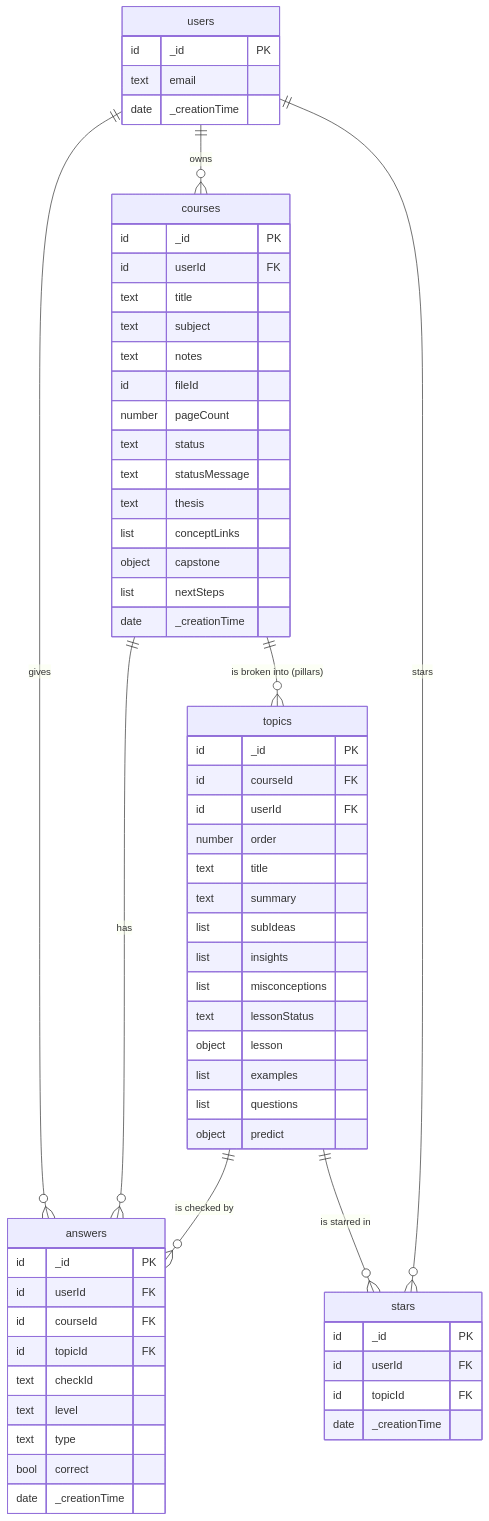
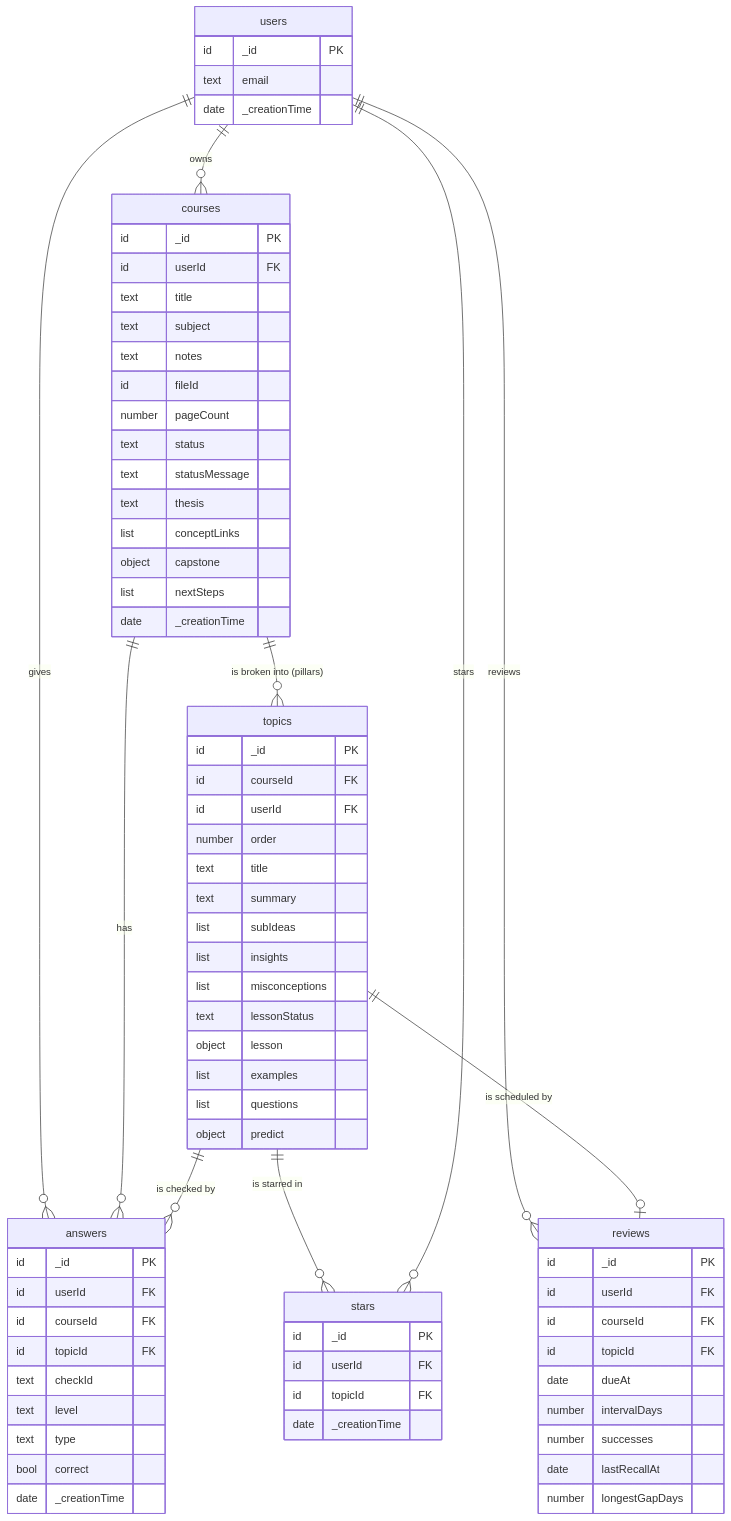
Before and after one commit to Hemanth2423/Learning-retention: the diagram in schema.md, drawn with Mermaid. The commit also changed other lines of this file and 15 other files, not shown here.

````diff
--- a/schema.md
+++ b/schema.md
@@ -7,55 +7,66 @@
 ```mermaid
 erDiagram
   users ||--o{ courses : "owns"
   courses ||--o{ topics : "is broken into (pillars)"
   topics ||--o{ answers : "is checked by"
   courses ||--o{ answers : "has"
   users ||--o{ answers : "gives"
   users ||--o{ stars : "stars"
+  topics ||--o| reviews : "is scheduled by"
+  users ||--o{ reviews : "reviews"
   topics ||--o{ stars : "is starred in"
 
   users { id _id PK
     text email
     date _creationTime }
   courses { id _id PK
     id userId FK
     text title
     text subject
     text notes
     id fileId
     number pageCount
     text status
     text statusMessage
     text thesis
     list conceptLinks
     object capstone
     list nextSteps
     date _creationTime }
   topics { id _id PK
     id courseId FK
     id userId FK
     number order
     text title
     text summary
     list subIdeas
     list insights
     list misconceptions
     text lessonStatus
     object lesson
     list examples
     list questions
     object predict }
   answers { id _id PK
     id userId FK
     id courseId FK
     id topicId FK
     text checkId
     text level
     text type
     bool correct
     date _creationTime }
+  reviews { id _id PK
+    id userId FK
+    id courseId FK
+    id topicId FK
+    date dueAt
+    number intervalDays
+    number successes
+    date lastRecallAt
+    number longestGapDays }
   stars { id _id PK
     id userId FK
     id topicId FK
     date _creationTime }
 ```
````
